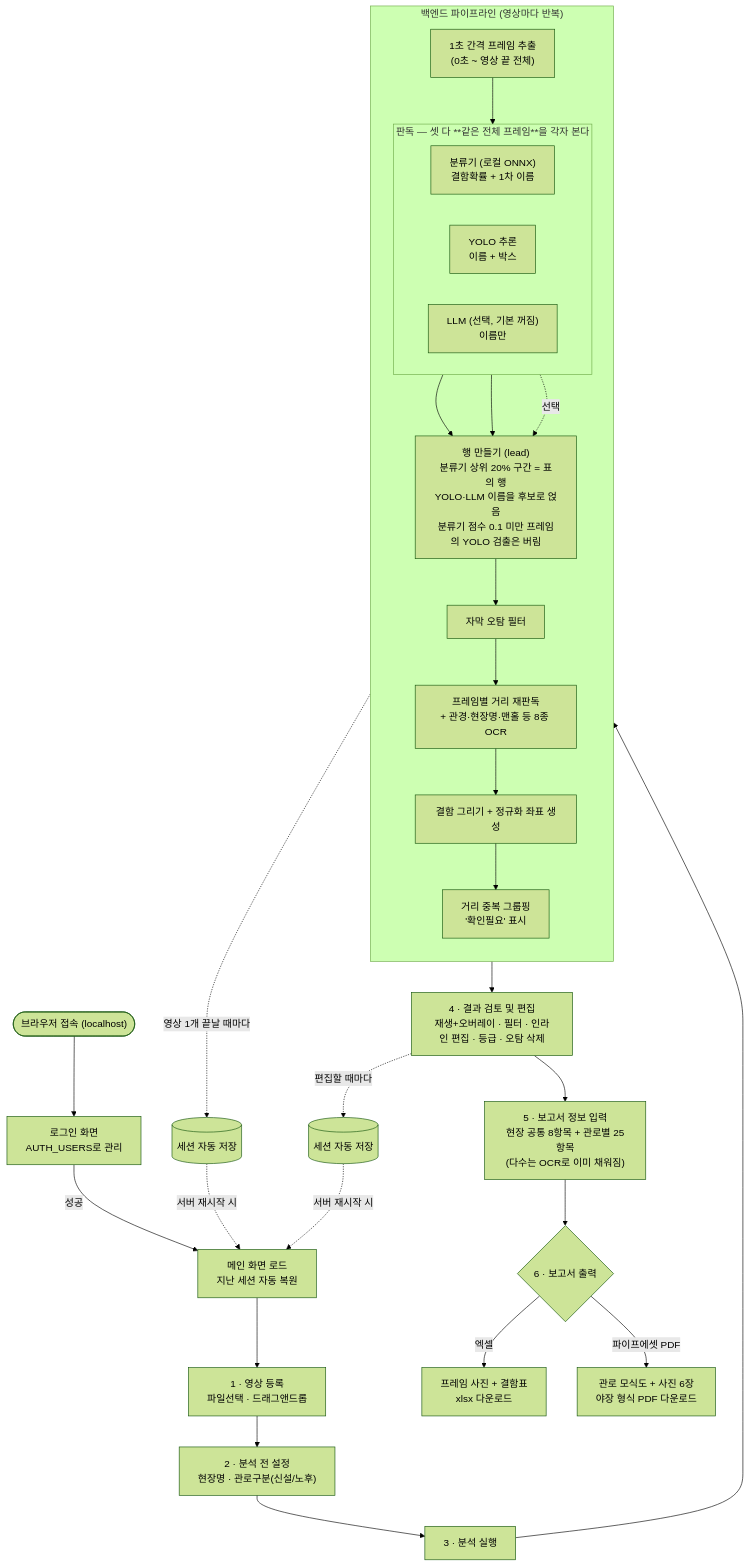
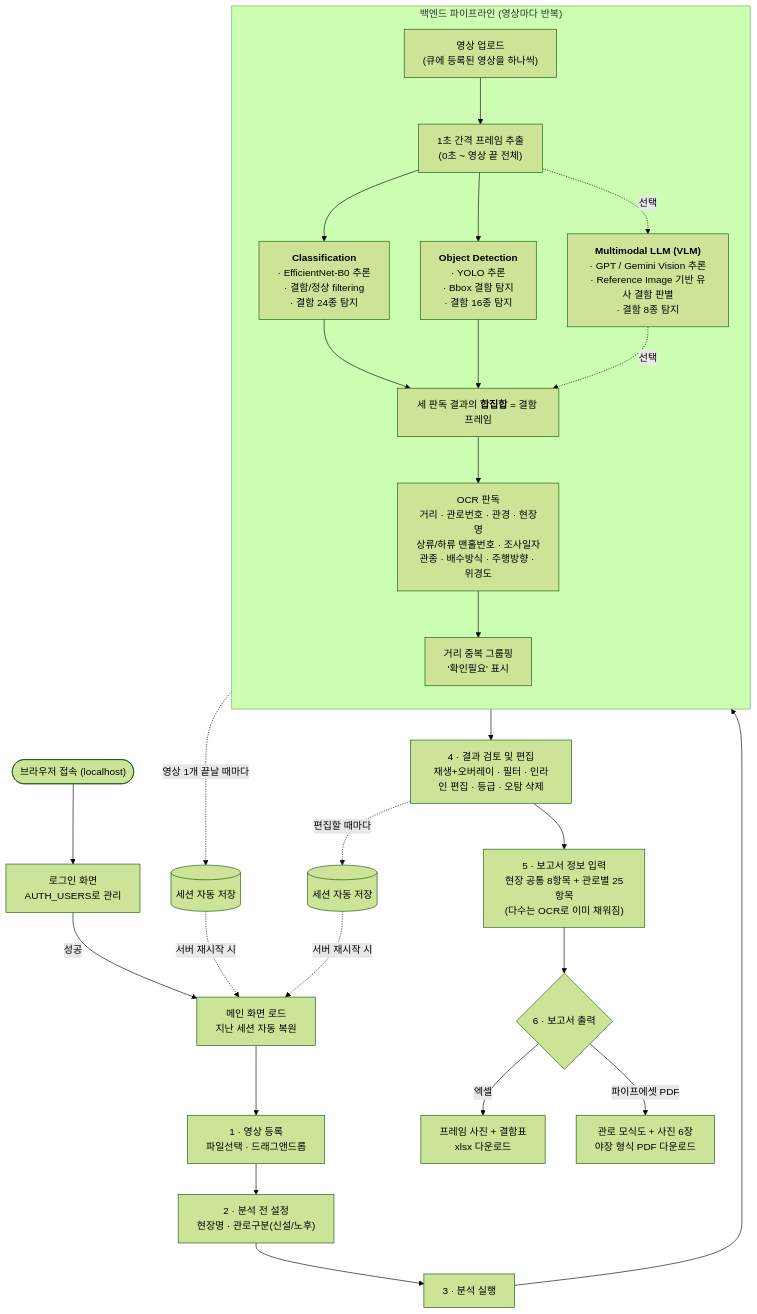
The diagram in docs/reports/2026-08-05-전체-유저플로우.md (Eunbee-K/AI_CCTV), drawn with Mermaid (forest theme) before and after one commit. The commit also changed other lines of this file and 2 other files, not shown here.

````diff
--- a/docs/reports/2026-08-05-전체-유저플로우.md
+++ b/docs/reports/2026-08-05-전체-유저플로우.md
@@ -13,47 +13,46 @@
 ```mermaid
 flowchart TD
     START(["브라우저 접속 (localhost)"]) --> LOGIN["로그인 화면<br/>AUTH_USERS로 관리"]
     LOGIN -- "성공" --> APP["메인 화면 로드<br/>지난 세션 자동 복원"]
 
     APP --> ADD["1 · 영상 등록<br/>파일선택 · 드래그앤드롭"]
     ADD --> SETUP["2 · 분석 전 설정<br/>현장명 · 관로구분(신설/노후)"]
     SETUP --> RUN["3 · 분석 실행"]
 
     subgraph PIPE ["백엔드 파이프라인 (영상마다 반복)"]
         direction TB
+        P1["영상 업로드<br/>(큐에 등록된 영상을 하나씩)"]
         P2["1초 간격 프레임 추출<br/>(0초 ~ 영상 끝 전체)"]
 
-        subgraph READ ["판독 — 셋 다 **같은 전체 프레임**을 각자 본다"]
-            direction LR
-            P3["분류기 (로컬 ONNX)<br/>결함확률 + 1차 이름"]
-            P4["YOLO 추론<br/>이름 + 박스"]
-            P4B["LLM (선택, 기본 꺼짐)<br/>이름만"]
-        end
+        P3["<b>Classification</b><br/>· EfficientNet-B0 추론<br/>· 결함/정상 filtering<br/>· 결함 24종 탐지"]
+        P4["<b>Object Detection</b><br/>· YOLO 추론<br/>· Bbox 결함 탐지<br/>· 결함 16종 탐지"]
+        P4B["<b>Multimodal LLM (VLM)</b><br/>· GPT / Gemini Vision 추론<br/>· Reference Image 기반 유사 결함 판별<br/>· 결함 8종 탐지"]
 
-        P5["행 만들기 (lead)<br/>분류기 상위 20% 구간 = 표의 행<br/>YOLO·LLM 이름을 후보로 얹음<br/>분류기 점수 0.1 미만 프레임의 YOLO 검출은 버림"]
-        P6["자막 오탐 필터"]
-        P7["프레임별 거리 재판독<br/>+ 관경·현장명·맨홀 등 8종 OCR"]
-        P8["결함 그리기 + 정규화 좌표 생성"]
-        P9["거리 중복 그룹핑<br/>'확인필요' 표시"]
+        P5["세 판독 결과의 <b>합집합</b> = 결함 프레임"]
+        P6["OCR 판독<br/>거리 · 관로번호 · 관경 · 현장명<br/>상류/하류 맨홀번호 · 조사일자<br/>관종 · 배수방식 · 주행방향 · 위경도"]
+        P7["거리 중복 그룹핑<br/>'확인필요' 표시"]
 
-        P2 --> READ
+        P1 --> P2
+        P2 --> P3
+        P2 --> P4
+        P2 -. 선택 .-> P4B
         P3 --> P5
         P4 --> P5
-        P4B -.선택.-> P5
-        P5 --> P6 --> P7 --> P8 --> P9
+        P4B -. 선택 .-> P5
+        P5 --> P6 --> P7
     end
 
     RUN --> PIPE
     PIPE -.영상 1개 끝날 때마다.-> SAVE1[("세션 자동 저장")]
 
     PIPE --> REVIEW["4 · 결과 검토 및 편집<br/>재생+오버레이 · 필터 · 인라인 편집 · 등급 · 오탐 삭제"]
     REVIEW -.편집할 때마다.-> SAVE2[("세션 자동 저장")]
 
     REVIEW --> META["5 · 보고서 정보 입력<br/>현장 공통 8항목 + 관로별 25항목<br/>(다수는 OCR로 이미 채워짐)"]
     META --> EXPORT{"6 · 보고서 출력"}
     EXPORT -- "엑셀" --> XLSX["프레임 사진 + 결함표<br/>xlsx 다운로드"]
     EXPORT -- "파이프에셋 PDF" --> PDF["관로 모식도 + 사진 6장<br/>야장 형식 PDF 다운로드"]
 
     SAVE1 -.서버 재시작 시.-> APP
     SAVE2 -.서버 재시작 시.-> APP
 ```
````
